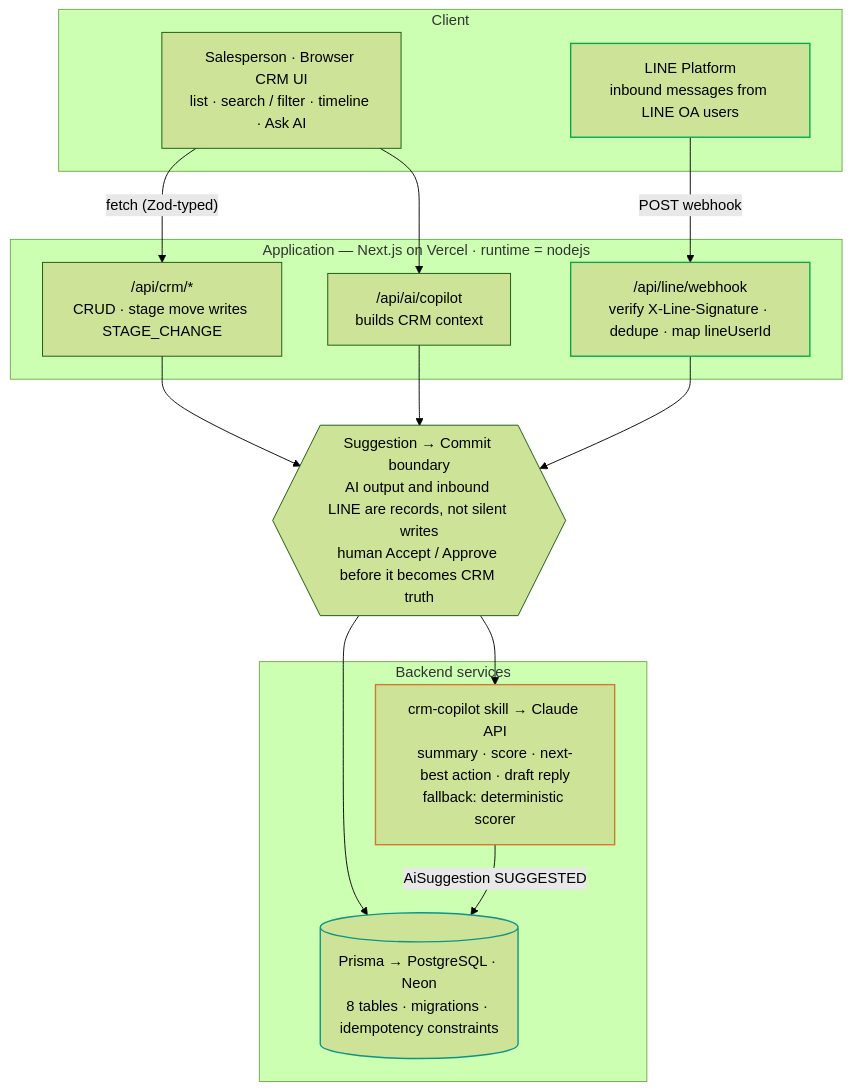
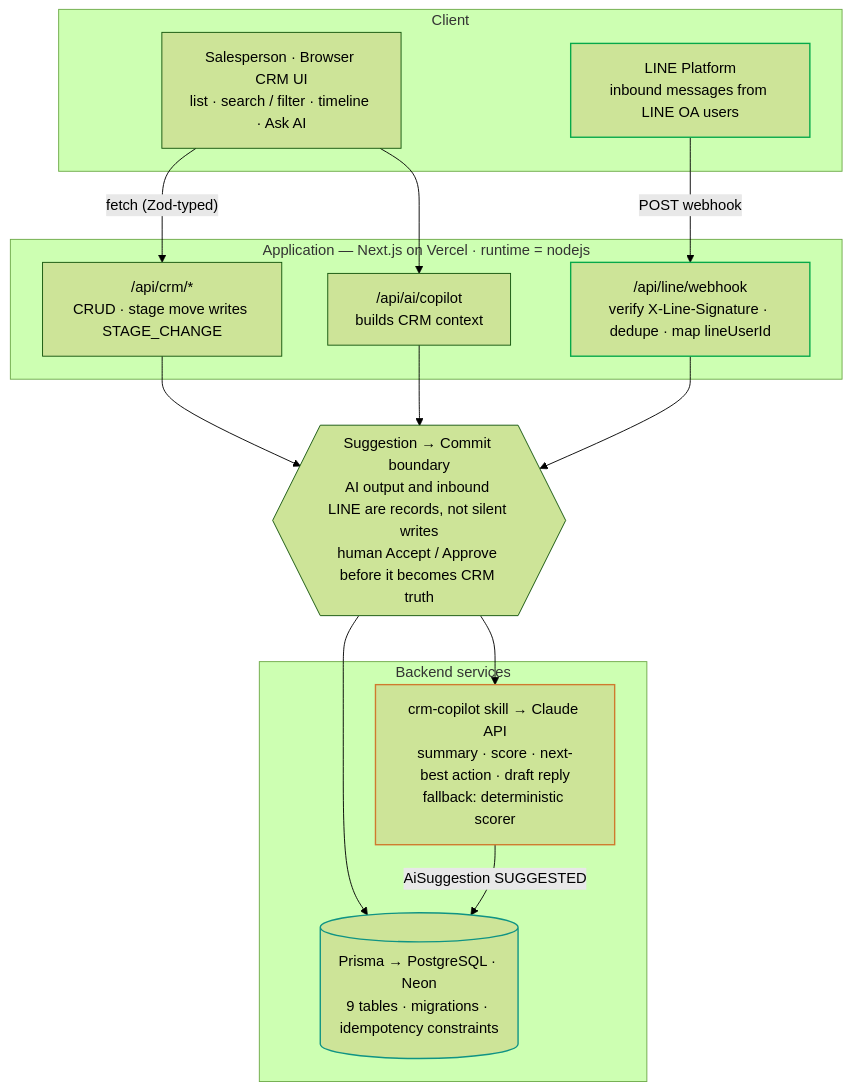
The diagram in README.md (KOLAAAAA1/jenosize-ai-crm), drawn with Mermaid (forest theme) before and after one commit. The commit also changed other lines of this file and 39 other files, not shown here.

````diff
--- a/README.md
+++ b/README.md
@@ -13,39 +13,39 @@
 ```mermaid
 flowchart TD
     subgraph CLIENT["Client"]
         UI["Salesperson · Browser CRM UI<br/>list · search / filter · timeline · Ask AI"]
         LINE["LINE Platform<br/>inbound messages from LINE OA users"]
     end
 
     subgraph APP["Application — Next.js on Vercel · runtime = nodejs"]
         CRM["/api/crm/*<br/>CRUD · stage move writes STAGE_CHANGE"]
         COP["/api/ai/copilot<br/>builds CRM context"]
         WH["/api/line/webhook<br/>verify X-Line-Signature · dedupe · map lineUserId"]
     end
 
     BOUNDARY{{"Suggestion → Commit boundary<br/>AI output and inbound LINE are records, not silent writes<br/>human Accept / Approve before it becomes CRM truth"}}
 
     subgraph BACKEND["Backend services"]
         SKILL["crm-copilot skill → Claude API<br/>summary · score · next-best action · draft reply<br/>fallback: deterministic scorer"]
-        DB[("Prisma → PostgreSQL · Neon<br/>8 tables · migrations · idempotency constraints")]
+        DB[("Prisma → PostgreSQL · Neon<br/>9 tables · migrations · idempotency constraints")]
     end
 
     UI -->|"fetch (Zod-typed)"| CRM
     UI --> COP
     LINE -->|"POST webhook"| WH
 
     CRM --> BOUNDARY
     COP --> BOUNDARY
     WH --> BOUNDARY
 
     BOUNDARY --> SKILL
     BOUNDARY --> DB
     SKILL -->|"AiSuggestion SUGGESTED"| DB
 
     classDef line stroke:#06a94a,stroke-width:1.5px;
     classDef ai stroke:#cf7a2e,stroke-width:1.5px;
     classDef data stroke:#0f9384,stroke-width:1.5px;
     class LINE,WH line;
     class SKILL ai;
     class DB data;
 ```
````
